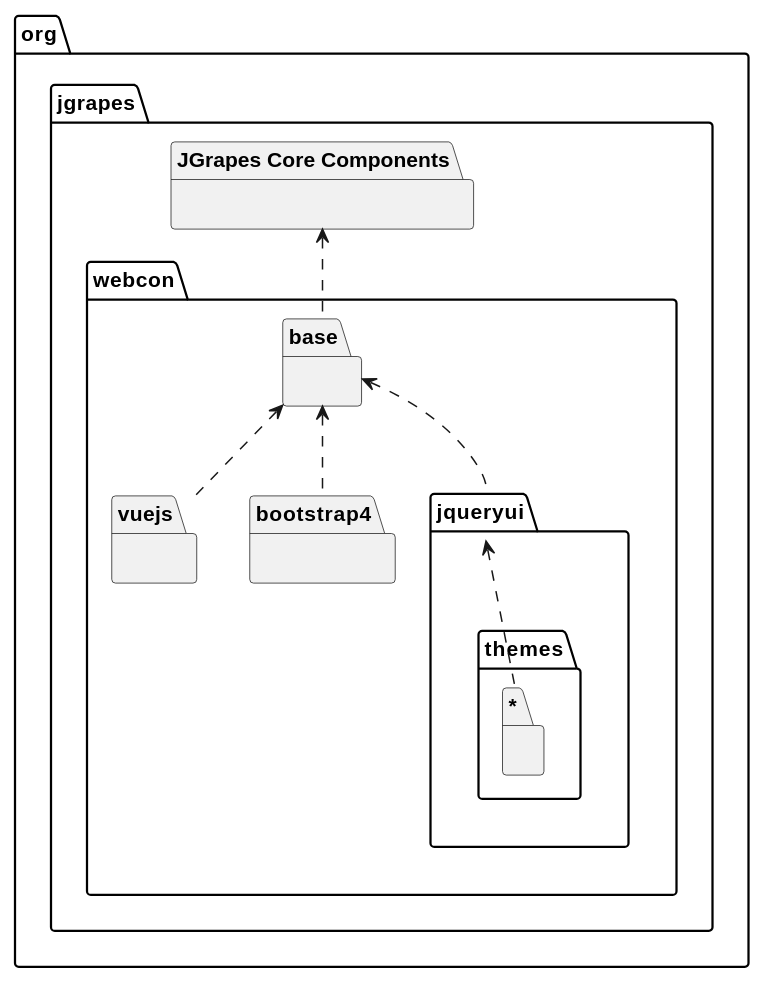
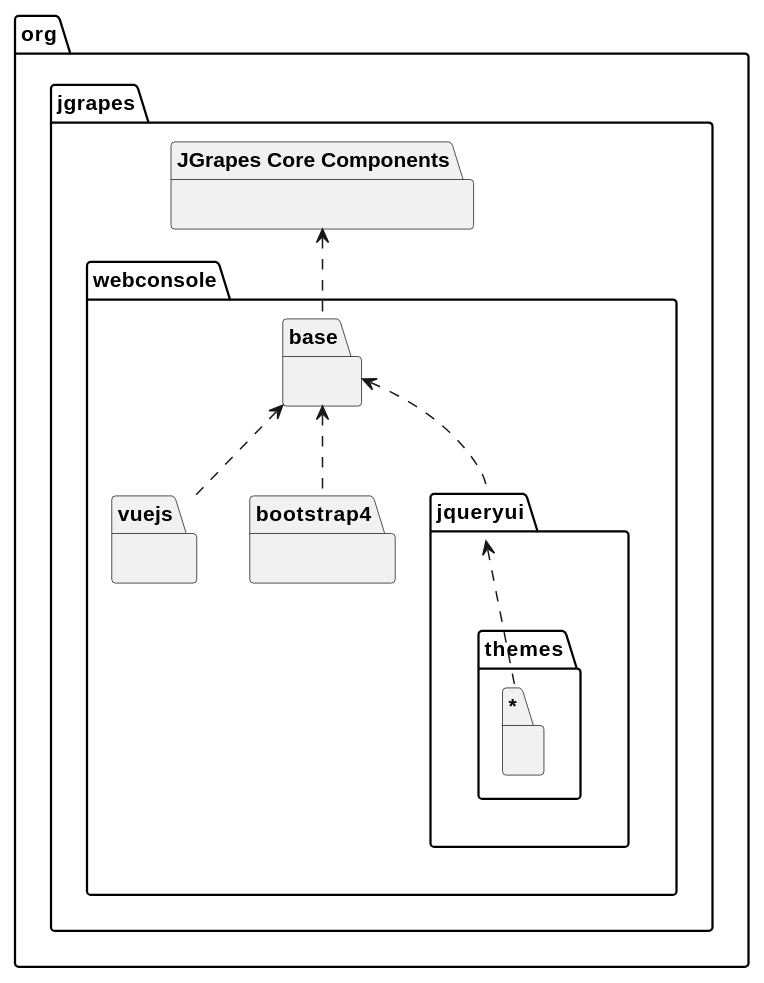
The diagram in overview.md (mnlipp/jgrapes-webconsole), drawn with PlantUML before and after one commit. The commit also changed other lines of this file and 126 other files, not shown here.

```diff
--- a/overview.md
+++ b/overview.md
@@ -16,30 +16,30 @@
 @startuml package-hierarchy.svg
 skinparam svgLinkTarget _parent
 
 package org.jgrapes {
     package "JGrapes Core Components" {
     }
 
-    package org.jgrapes.webcon.base [[org/jgrapes/webcon/base/package-summary.html#package.description]] {
+    package org.jgrapes.webconsole.base [[org/jgrapes/webconsole/base/package-summary.html#package.description]] {
     }
 
-    package org.jgrapes.webcon.vuejs [[org/jgrapes/webcon/vuejs/package-summary.html#package.description]] {
+    package org.jgrapes.webconsole.vuejs [[org/jgrapes/webconsole/vuejs/package-summary.html#package.description]] {
     }
 
-    package org.jgrapes.webcon.bootstrap4 [[org/jgrapes/webcon/bootstrap4/package-summary.html#package.description]] {
+    package org.jgrapes.webconsole.bootstrap4 [[org/jgrapes/webconsole/bootstrap4/package-summary.html#package.description]] {
     }
 
-    package org.jgrapes.webcon.jqueryui [[org/jgrapes/webcon/jqueryui/package-summary.html#package.description]] {
+    package org.jgrapes.webconsole.jqueryui [[org/jgrapes/webconsole/jqueryui/package-summary.html#package.description]] {
     }
 
-    package "org.jgrapes.webcon.jqueryui.themes.*" {
+    package "org.jgrapes.webconsole.jqueryui.themes.*" {
     }
 }
 
-"JGrapes Core Components" <.. org.jgrapes.webcon.base
-org.jgrapes.webcon.base <.. "org.jgrapes.webcon.jqueryui"
-org.jgrapes.webcon.jqueryui <.. "org.jgrapes.webcon.jqueryui.themes.*"
-org.jgrapes.webcon.base <.. "org.jgrapes.webcon.bootstrap4"
-org.jgrapes.webcon.base <.. "org.jgrapes.webcon.vuejs"
+"JGrapes Core Components" <.. org.jgrapes.webconsole.base
+org.jgrapes.webconsole.base <.. "org.jgrapes.webconsole.jqueryui"
+org.jgrapes.webconsole.jqueryui <.. "org.jgrapes.webconsole.jqueryui.themes.*"
+org.jgrapes.webconsole.base <.. "org.jgrapes.webconsole.bootstrap4"
+org.jgrapes.webconsole.base <.. "org.jgrapes.webconsole.vuejs"
 
 @enduml
```
